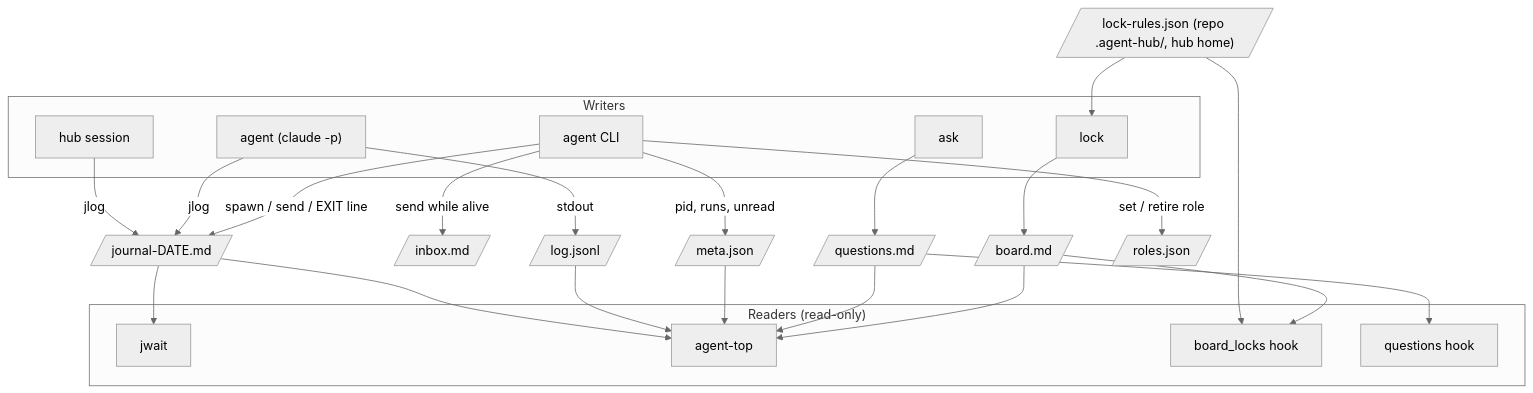
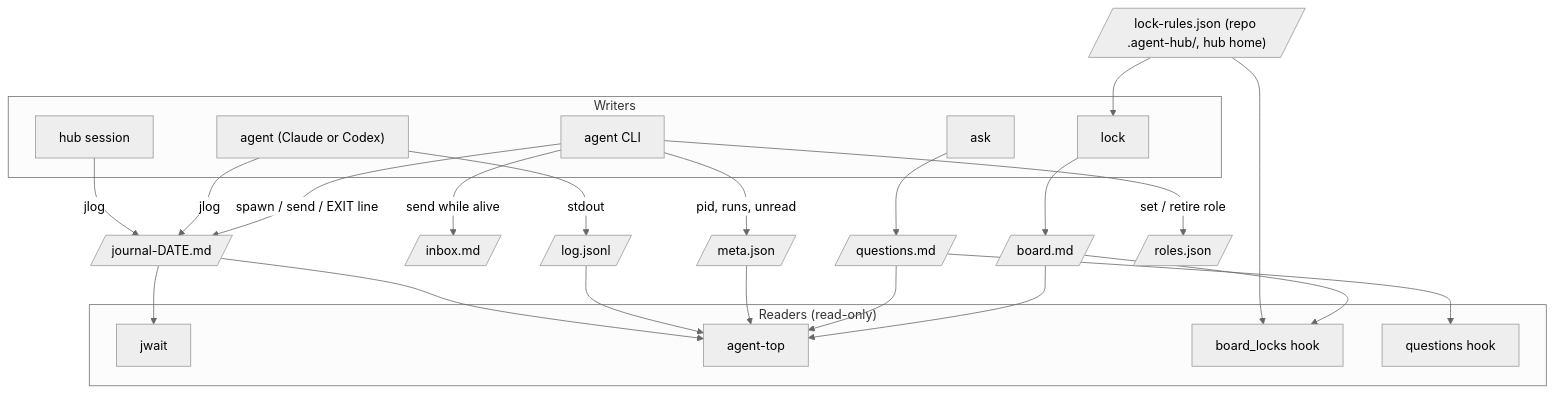
The first of 2 diagrams in docs/architecture.md (ilya-kozyrev/claude-agent-hub), drawn with Mermaid (neutral theme) before and after one commit. The commit also changed other lines of this file and 19 other files, not shown here.

````diff
--- a/docs/architecture.md
+++ b/docs/architecture.md
@@ -18,42 +18,42 @@
 ```mermaid
 flowchart TB
     subgraph writers["Writers"]
         hub["hub session"]
-        agent["agent (claude -p)"]
+        agent["agent (Claude or Codex)"]
         cli_agent["agent CLI"]
         ask_cli["ask"]
         lock_cli["lock"]
     end
     J[/"journal-DATE.md"/]
     I[/"inbox.md"/]
     L[/"log.jsonl"/]
     M[/"meta.json"/]
     Q[/"questions.md"/]
     Bd[/"board.md"/]
     R[/"roles.json"/]
     hub -- jlog --> J
     agent -- jlog --> J
     cli_agent -- "spawn / send / EXIT line" --> J
     cli_agent -- "send while alive" --> I
     cli_agent -- "pid, runs, unread" --> M
     cli_agent -- "set / retire role" --> R
     agent -- stdout --> L
     ask_cli --> Q
     lock_cli --> Bd
     subgraph readers["Readers (read-only)"]
         jwait["jwait"]
         top["agent-top"]
         hook["board_locks hook"]
         qhook["questions hook"]
     end
     lr[/"lock-rules.json (repo .agent-hub/, hub home)"/] --> hook
     lr --> lock_cli
     J --> jwait
     J --> top
     L --> top
     M --> top
     Q --> top
     Q --> qhook
     Bd --> top
     Bd --> hook
 ```
````
